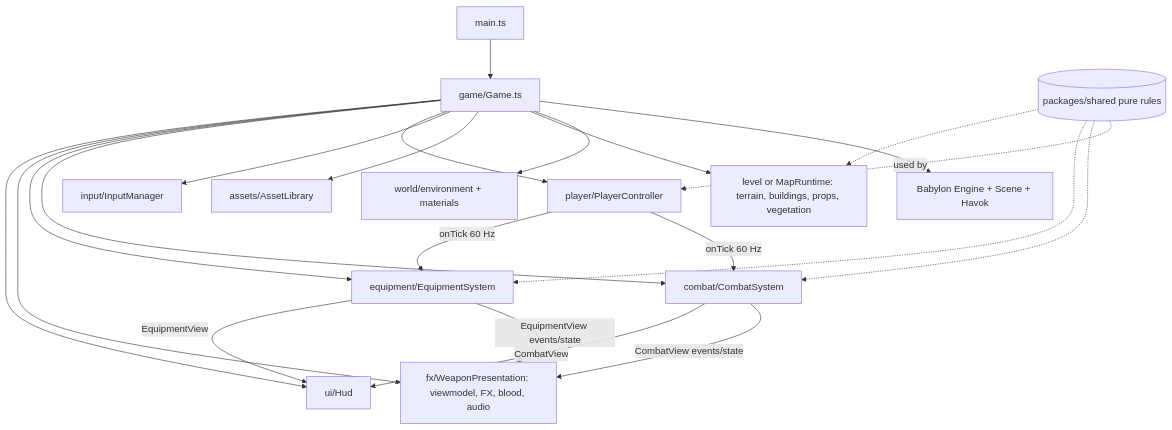
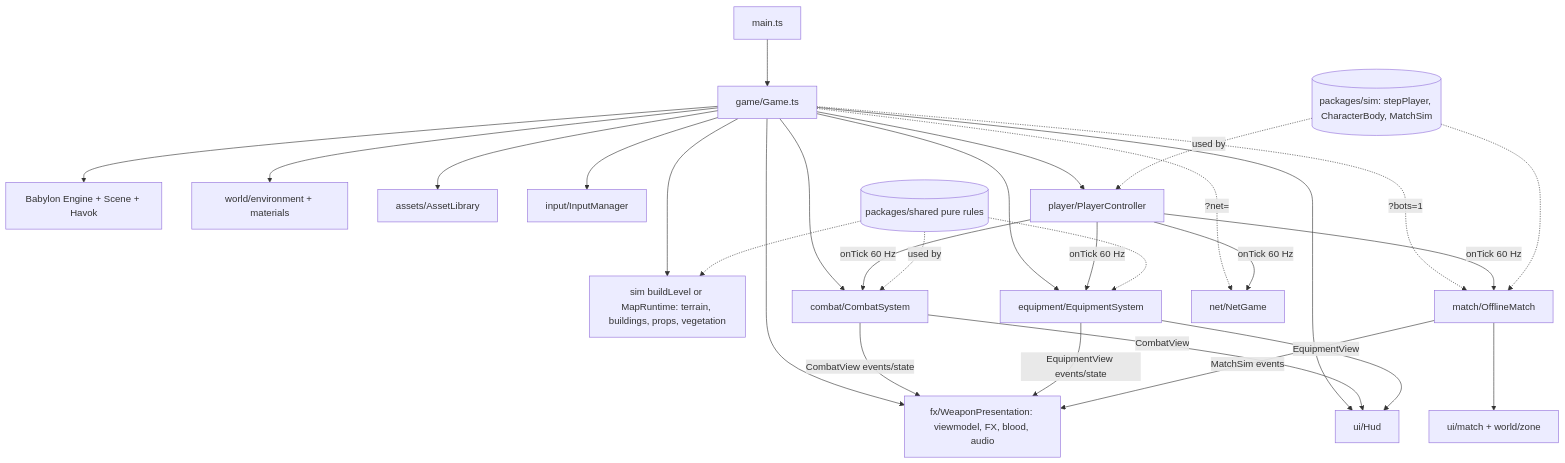
One commit to huydang9/twobullets changed the second of 2 diagrams in docs/architecture-overview.md. Above: the diagram before and after it, drawn with Mermaid. The commit also changed other lines of this file and 7 other files, not shown here.

Commit message:
Refresh architecture overview, docs index, map docs, CLAUDE.md and skills for sim/netcode/server/bots; downloads no longer need approval

````diff
--- a/docs/architecture-overview.md
+++ b/docs/architecture-overview.md
@@ -61,24 +109,31 @@
 ```mermaid
 flowchart TD
   Main[main.ts] --> Game[game/Game.ts]
   Game --> Engine[Babylon Engine + Scene + Havok]
   Game --> Env[world/environment + materials]
-  Game --> Level[level or MapRuntime: terrain, buildings, props, vegetation]
+  Game --> Level[sim buildLevel or MapRuntime: terrain, buildings, props, vegetation]
   Game --> Assets[assets/AssetLibrary]
   Game --> Input[input/InputManager]
   Game --> Player[player/PlayerController]
   Game --> Combat[combat/CombatSystem]
   Game --> Equip[equipment/EquipmentSystem]
   Game --> Pres[fx/WeaponPresentation: viewmodel, FX, blood, audio]
   Game --> Hud[ui/Hud]
+  Game -.->|"?bots=1"| Match[match/OfflineMatch]
+  Game -.->|"?net="| Net[net/NetGame]
   Player -- onTick 60 Hz --> Combat
   Player -- onTick 60 Hz --> Equip
+  Player -- onTick 60 Hz --> Match
+  Player -- onTick 60 Hz --> Net
   Combat -- CombatView events/state --> Pres
   Combat -- CombatView --> Hud
   Equip -- EquipmentView events/state --> Pres
   Equip -- EquipmentView --> Hud
-  Shared[(packages/shared pure rules)] -.used by.-> Player
-  Shared -.-> Combat
+  Match -- MatchSim events --> Pres
+  Match --> MatchHud[ui/match + world/zone]
+  Sim[(packages/sim: stepPlayer, CharacterBody, MatchSim)] -.used by.-> Player
+  Sim -.-> Match
+  Shared[(packages/shared pure rules)] -.used by.-> Combat
   Shared -.-> Equip
   Shared -.-> Level
 ```
````
